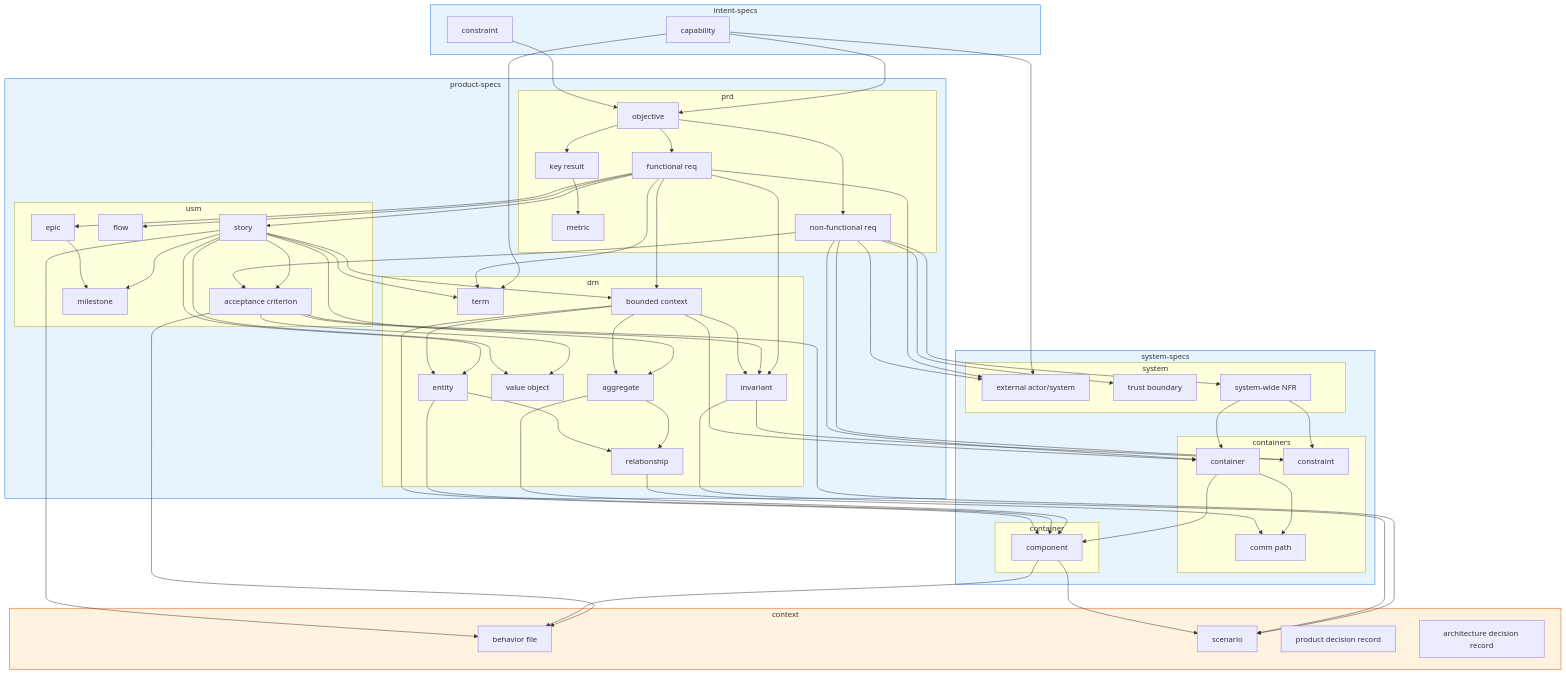
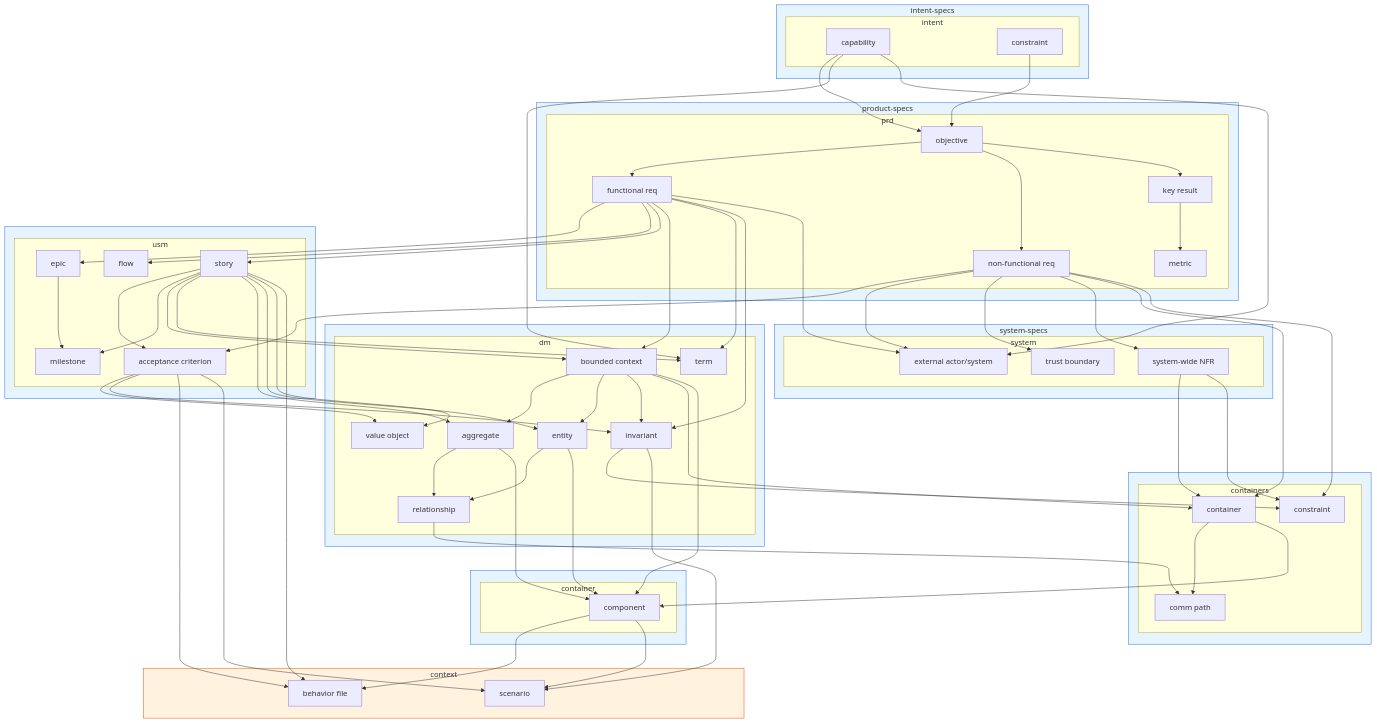
One commit to dahans-msft2/vibeloom-copilot-cli changed the second of 5 diagrams in v02/vibeloom-methodology.md. Above: the diagram before and after it, drawn with Mermaid.

Commit message:
Refine methodology graph diagram structure

````diff
--- a/v02/vibeloom-methodology.md
+++ b/v02/vibeloom-methodology.md
@@ -388,8 +388,10 @@
 ```mermaid
 flowchart TD
     subgraph T1["intent-specs"]
-        cap["capability"]
-        cst_i["constraint"]
+        subgraph INTENT["intent"]
+            cap["capability"]
+            cst_i["constraint"]
+        end
     end
 
     subgraph T2["product-specs"]
@@ -400,6 +402,9 @@
             fr["functional req"]
             nfr["non-functional req"]
         end
+    end
+
+    subgraph T2b[" "]
         subgraph USM["usm"]
             epic["epic"]
             flow["flow"]
@@ -407,6 +412,9 @@
             acc["acceptance criterion"]
             ms["milestone"]
         end
+    end
+
+    subgraph T2c[" "]
         subgraph DM["dm"]
             term["term"]
             bc["bounded context"]
@@ -424,11 +432,17 @@
             tb["trust boundary"]
             snfr["system-wide NFR"]
         end
+    end
+
+    subgraph T3b[" "]
         subgraph CONTS["containers"]
             cont["container"]
             edge_g["comm path"]
             cst_c["constraint"]
         end
+    end
+
+    subgraph T3c[" "]
         subgraph CONTR["container"]
             cmp["component"]
         end
@@ -437,8 +451,6 @@
     subgraph T4["context"]
         bdd["behavior file"]
         scn["scenario"]
-        pdr["product decision record"]
-        adr["architecture decision record"]
     end
 
     cap --> obj
@@ -501,6 +513,10 @@
 
     style T1 fill:#e8f4fd,stroke:#1a73e8
     style T2 fill:#e8f4fd,stroke:#1a73e8
+    style T2b fill:#e8f4fd,stroke:#1a73e8
+    style T2c fill:#e8f4fd,stroke:#1a73e8
     style T3 fill:#e8f4fd,stroke:#1a73e8
+    style T3b fill:#e8f4fd,stroke:#1a73e8
+    style T3c fill:#e8f4fd,stroke:#1a73e8
     style T4 fill:#fff3e0,stroke:#e65100
 ```
````
